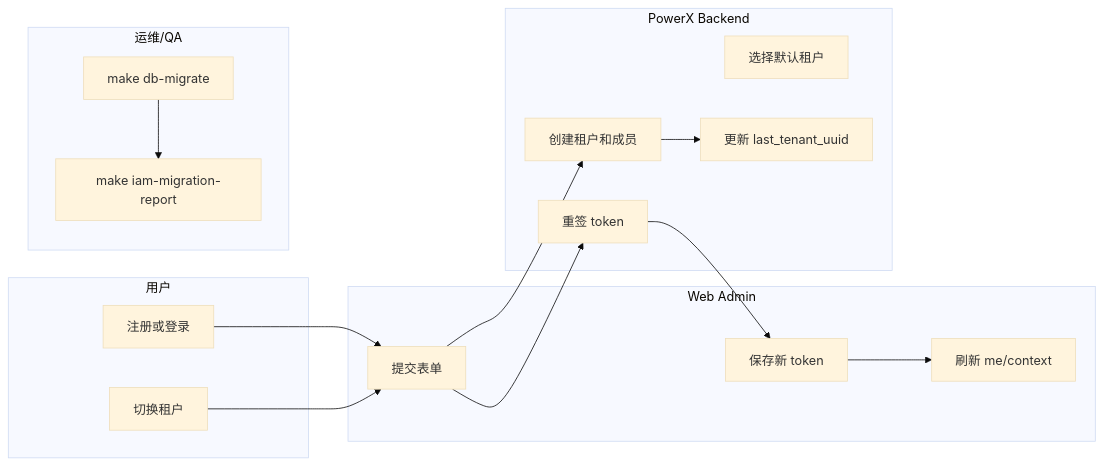
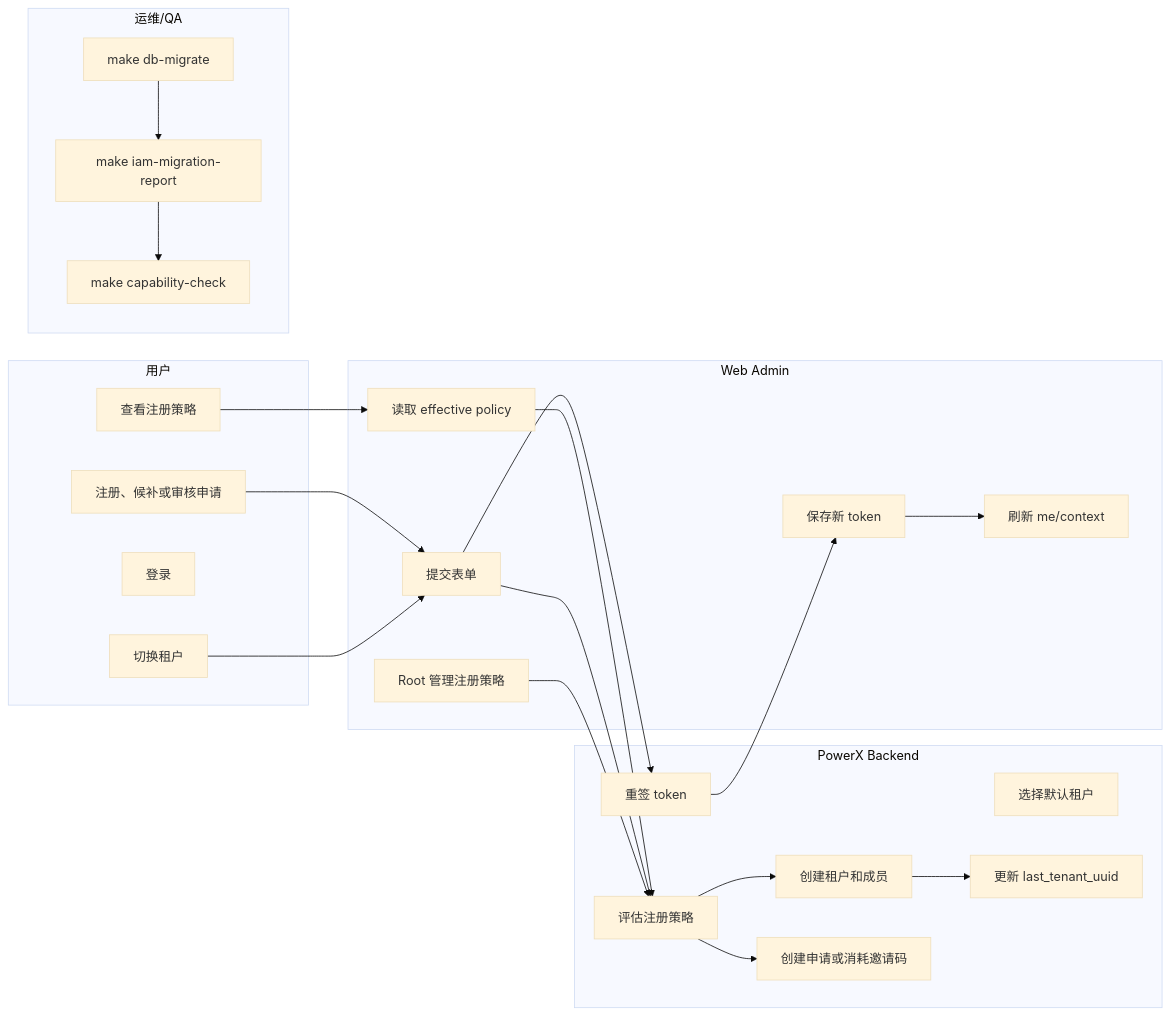
One commit to ArtisanCloud/PowerX changed the fourth of 4 diagrams in docs/guides/features/026-iam/guide.md. Above: the diagram before and after it, drawn with Mermaid (base theme). The commit also changed other lines of this file and 80 other files, not shown here.

````diff
--- a/docs/guides/features/026-iam/guide.md
+++ b/docs/guides/features/026-iam/guide.md
@@ -79,26 +117,37 @@
 ```mermaid
 flowchart LR
   subgraph User[用户]
-    U1[注册或登录]
+    U0[查看注册策略]
+    U1[注册、候补或审核申请]
+    U4[登录]
     U2[切换租户]
   end
   subgraph Web[Web Admin]
+    W0[读取 effective policy]
     W1[提交表单]
     W2[保存新 token]
     W3[刷新 me/context]
+    W4[Root 管理注册策略]
   end
   subgraph Backend[PowerX Backend]
+    B0[评估注册策略]
     B1[创建租户和成员]
+    B5[创建申请或消耗邀请码]
     B2[选择默认租户]
     B3[重签 token]
     B4[更新 last_tenant_uuid]
   end
   subgraph Ops[运维/QA]
     O1[make db-migrate]
     O2[make iam-migration-report]
+    O3[make capability-check]
   end
 
-  U1 --> W1 --> B1 --> B4
+  U0 --> W0 --> B0
+  U1 --> W1 --> B0
+  B0 --> B5
+  B0 --> B1 --> B4
+  W4 --> B0
   U2 --> W1 --> B3 --> W2 --> W3
-  O1 --> O2
+  O1 --> O2 --> O3
 ```
````
